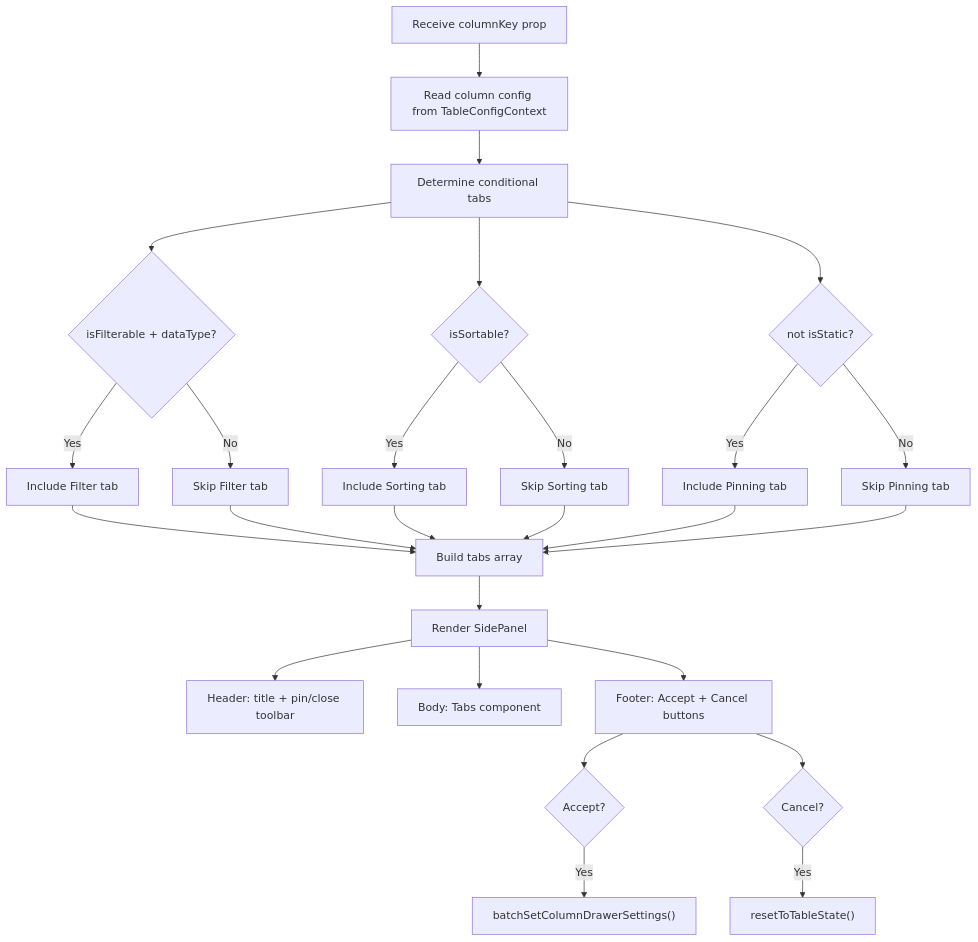
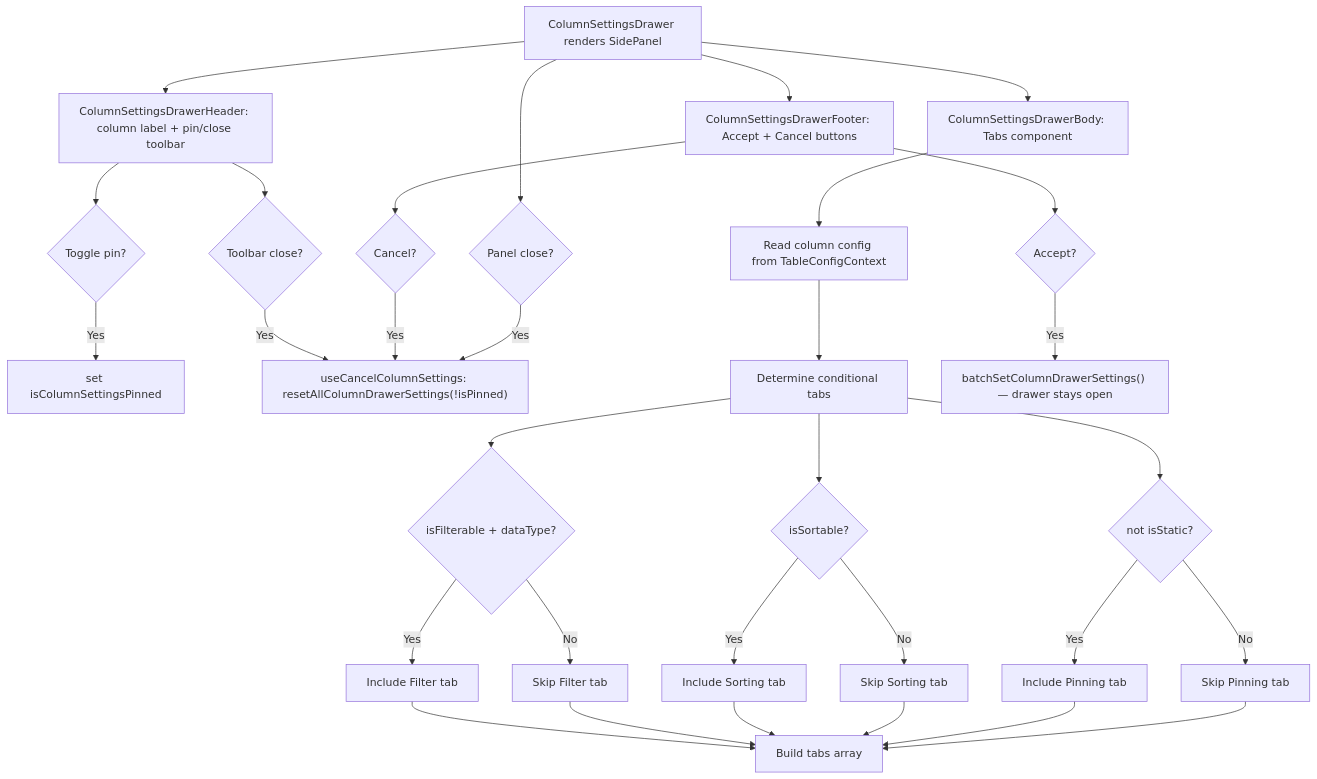
The second of 2 diagrams in packages/ui/src/components/Table/ColumnSettingsDrawer/ARCHITECTURE.md (luciocabrera/lcabrera-stack), drawn with Mermaid before and after one commit. The commit also changed other lines of this file and 1 other file, not shown here.

Commit message:
feat(ColumnSettingsDrawer): enhance architecture documentation with detailed component structure and hooks

````diff
--- a/packages/ui/src/components/Table/ColumnSettingsDrawer/ARCHITECTURE.md
+++ b/packages/ui/src/components/Table/ColumnSettingsDrawer/ARCHITECTURE.md
@@ -99,31 +131,37 @@
 ```mermaid
 graph TD
-  A[Receive columnKey prop] --> B[Read column config from TableConfigContext]
+  A["ColumnSettingsDrawer renders SidePanel"] --> O["ColumnSettingsDrawerHeader: column label + pin/close toolbar"]
+  A --> P["ColumnSettingsDrawerBody: Tabs component"]
+  A --> Q["ColumnSettingsDrawerFooter: Accept + Cancel buttons"]
+
+  O --> W{Toggle pin?}
+  W -- Yes --> X["set isColumnSettingsPinned"]
+  O --> T2{Toolbar close?}
+  T2 -- Yes --> U
+
+  P --> B[Read column config from TableConfigContext]
   B --> C[Determine conditional tabs]
   C --> D{isFilterable + dataType?}
   D -- Yes --> E[Include Filter tab]
   D -- No --> F[Skip Filter tab]
   C --> G{isSortable?}
   G -- Yes --> H[Include Sorting tab]
   G -- No --> I[Skip Sorting tab]
   C --> J{not isStatic?}
   J -- Yes --> K[Include Pinning tab]
   J -- No --> L[Skip Pinning tab]
 
   E --> M["Build tabs array"]
   F --> M
   H --> M
   I --> M
   K --> M
   L --> M
 
-  M --> N["Render SidePanel"]
-  N --> O["Header: title + pin/close toolbar"]
-  N --> P["Body: Tabs component"]
-  N --> Q["Footer: Accept + Cancel buttons"]
-
   Q --> R{Accept?}
-  R -- Yes --> S["batchSetColumnDrawerSettings()"]
+  R -- Yes --> S["batchSetColumnDrawerSettings() — drawer stays open"]
   Q --> T{Cancel?}
-  T -- Yes --> U["resetToTableState()"]
+  T -- Yes --> U["useCancelColumnSettings: resetAllColumnDrawerSettings(!isPinned)"]
+  A --> T3{Panel close?}
+  T3 -- Yes --> U
 ```
````
